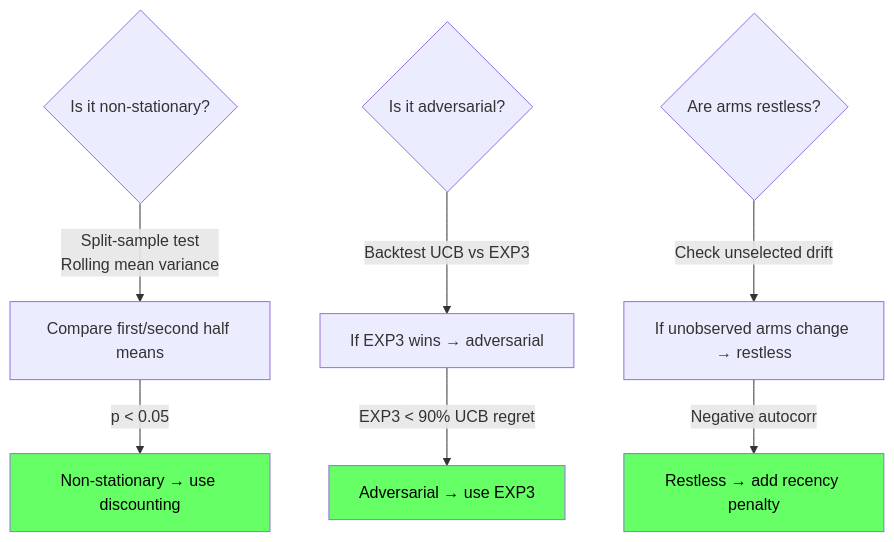
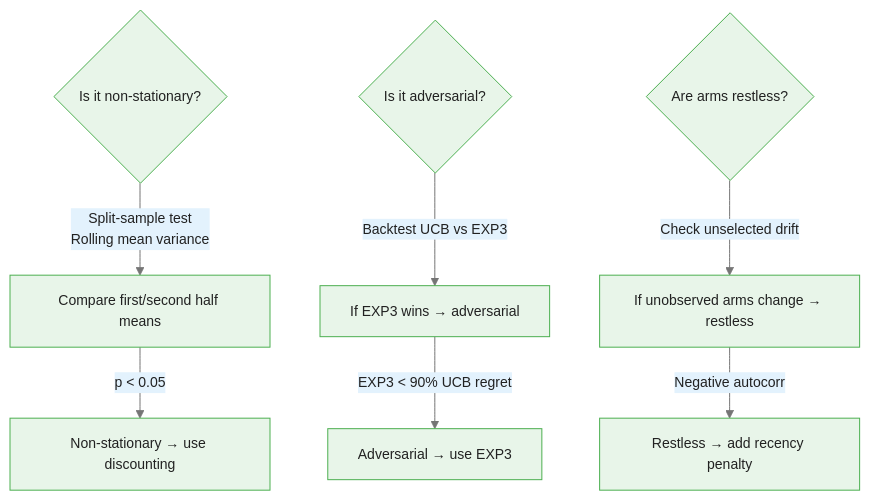
The second of 3 diagrams in courses/multi-armed-bandits-ab-testing/modules/module_06_advanced_topics/guides/cheatsheet_slides.md (m-deane/course-creator), drawn with Mermaid before and after one commit. The commit also changed other lines of this file and 146 other files, not shown here.

````diff
--- a/courses/multi-armed-bandits-ab-testing/modules/module_06_advanced_topics/guides/cheatsheet_slides.md
+++ b/courses/multi-armed-bandits-ab-testing/modules/module_06_advanced_topics/guides/cheatsheet_slides.md
@@ -144,14 +175,11 @@
 ```mermaid
+%%{init: {"theme": "base", "themeVariables": {"primaryColor": "#e8f5e9", "primaryBorderColor": "#4caf50", "primaryTextColor": "#212121", "secondaryColor": "#e3f2fd", "tertiaryColor": "#fff8e1", "lineColor": "#757575", "fontFamily": "Inter, sans-serif", "fontSize": "14px"}}}%%
 flowchart TD
     Q1{"Is it non-stationary?"} --> |"Split-sample test<br/>Rolling mean variance"| A1["Compare first/second half means"]
     Q2{"Is it adversarial?"} --> |"Backtest UCB vs EXP3"| A2["If EXP3 wins → adversarial"]
     Q3{"Are arms restless?"} --> |"Check unselected drift"| A3["If unobserved arms change → restless"]
 
     A1 --> |"p < 0.05"| NS_yes["Non-stationary → use discounting"]
     A2 --> |"EXP3 < 90% UCB regret"| Adv_yes["Adversarial → use EXP3"]
     A3 --> |"Negative autocorr"| Rest_yes["Restless → add recency penalty"]
-
-    style NS_yes fill:#6f6,color:#000
-    style Adv_yes fill:#6f6,color:#000
-    style Rest_yes fill:#6f6,color:#000
 ```
````
